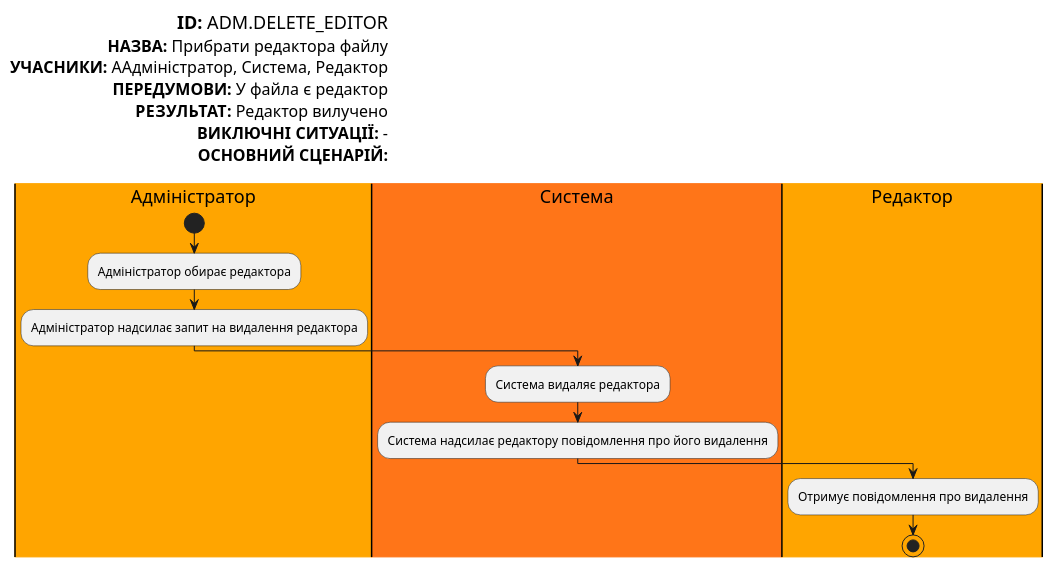
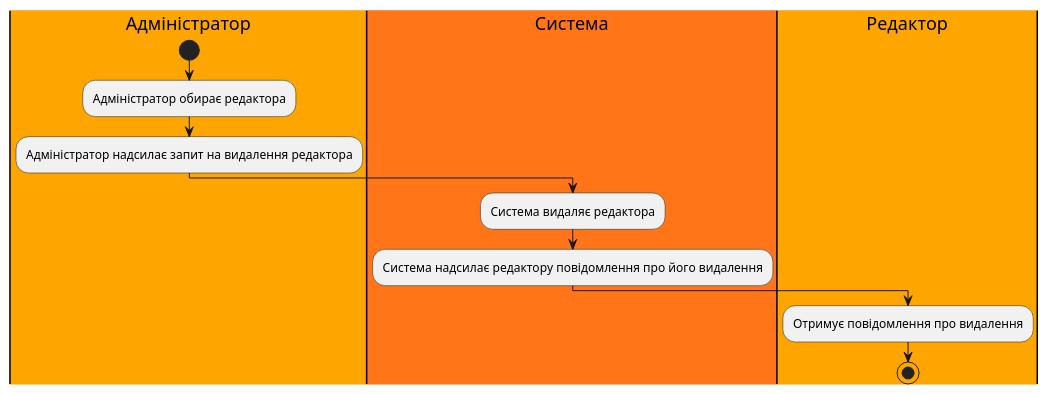
One commit to boldak/edu-db-cw changed diagram 11 of 16 in docs/use cases/README.md. Above: the diagram before and after it, drawn with PlantUML. The commit also changed other lines of this file, not shown here.

```diff
--- a/docs/use cases/README.md
+++ b/docs/use cases/README.md
@@ -370,26 +346,15 @@
 @startuml
-
-left header
-<font color=000 size=18><b>ID:</b> ADM.DELETE_EDITOR
-<font color=000 size=16><b>НАЗВА:</b> Прибрати редактора файлу
-<font color=000 size=16><b>УЧАСНИКИ:</b> ААдміністратор, Система, Редактор
-<font color=000 size=16><b>ПЕРЕДУМОВИ:</b> У файла є редактор
-<font color=000 size=16><b>РЕЗУЛЬТАТ:</b> Редактор вилучено
-<font color=000 size=16><b>ВИКЛЮЧНІ СИТУАЦІЇ:</b> -
-<font color=000 size=16><b>ОСНОВНИЙ СЦЕНАРІЙ:</b>
-
-end header
 
 |#FF4F00|Адміністратор|
   start
   :Адміністратор обирає редактора;
 |#FFA500|Адміністратор|
   :Адміністратор надсилає запит на видалення редактора;
 |#FF7518|Система|
   :Система видаляє редактора;
 |Система|
   :Система надсилає редактору повідомлення про його видалення;
 |#FFA500|Редактор|
   :Отримує повідомлення про видалення;
   stop;
 @enduml
```
